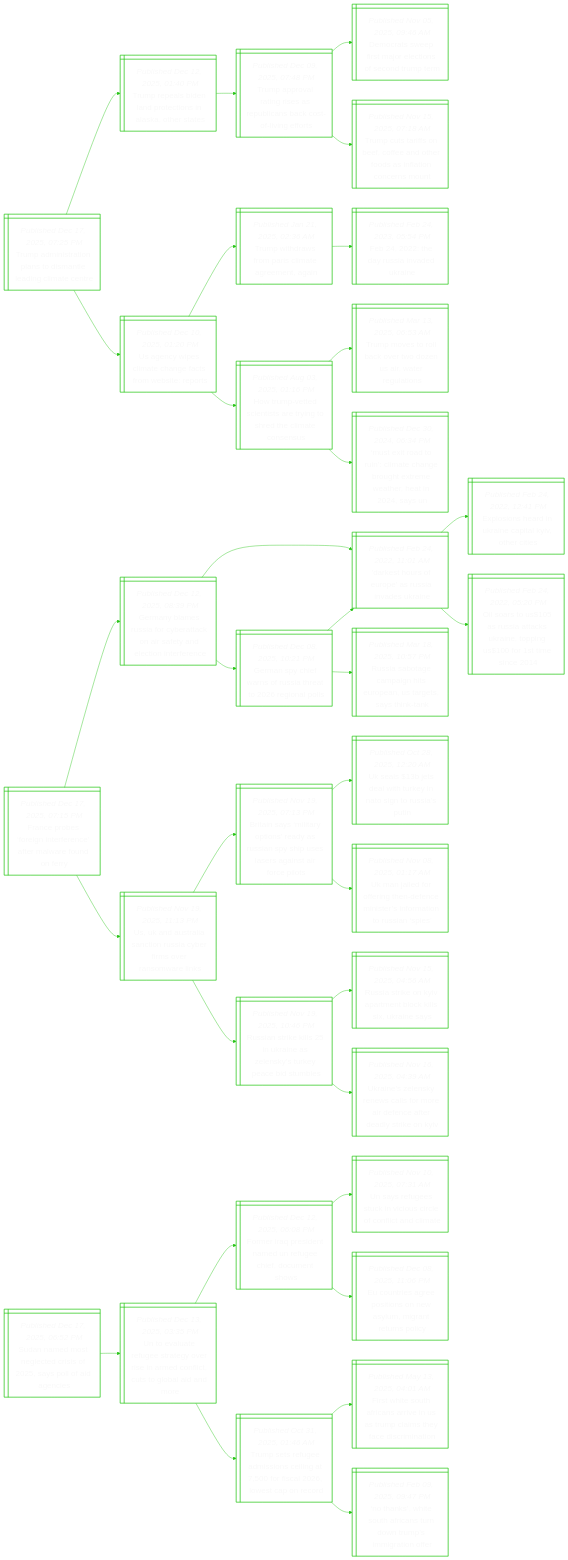
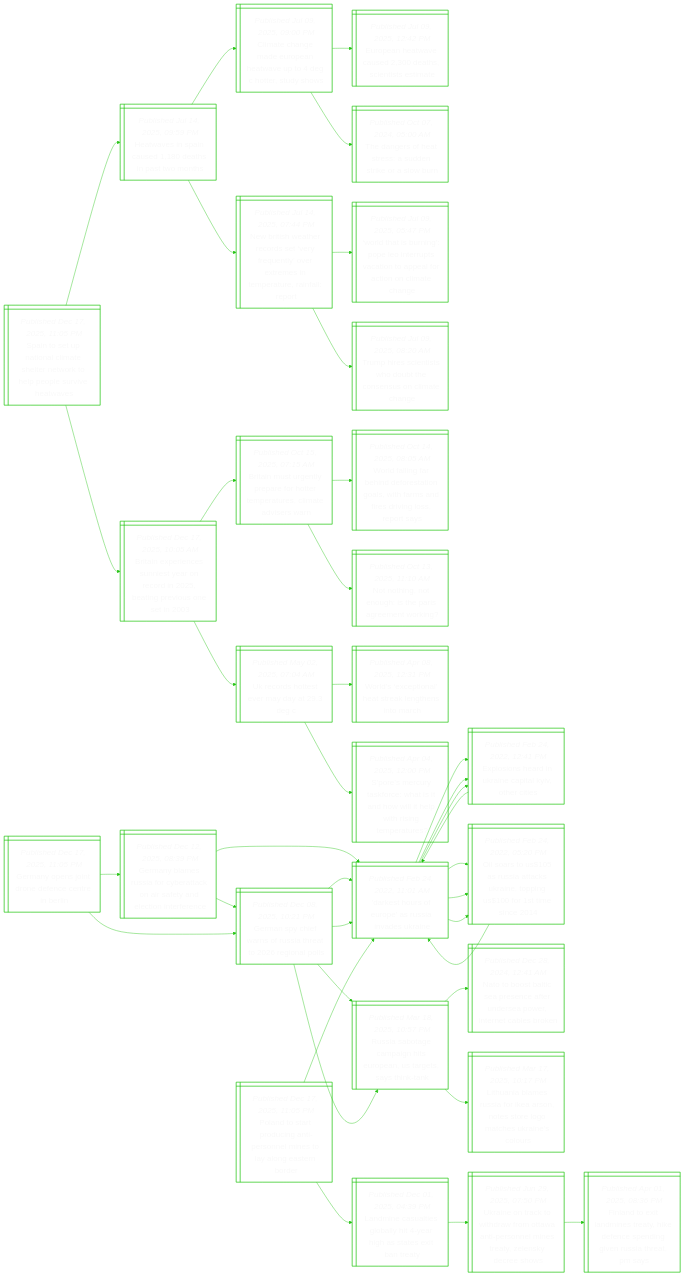
Before and after one commit to notJmes/notJmes: the diagram in README.md, drawn with Mermaid. The commit also changed other lines of this file, not shown here.

````diff
--- a/README.md
+++ b/README.md
@@ -16,42 +16,54 @@
 flowchart LR
 classDef txtsize font-size:20px;
 
-Taitloalnme@{ shape: win-pane, label: "_Published Dec 17, 2025, 07:25 PM_
-Trump administration plans to dismantle leading climate centre" }
-Trledenloss@{ shape: win-pane, label: "_Published Dec 12, 2025, 01:40 PM_
-Trump repeals biden land protections in alaska, other states" }
-Tavtisbnkoif@{ shape: win-pane, label: "_Published Dec 09, 2025, 07:48 PM_
-Trump approval rating rises as republicans back cost-of-living efforts" }
-Drwialosdp@{ shape: win-pane, label: "_Published Nov 05, 2025, 09:46 AM_
-Democrats sweep first major elections of second trump term" }
-Tcasefdrsfocm@{ shape: win-pane, label: "_Published Nov 15, 2025, 07:18 AM_
-Trump cuts tariffs on beef, coffee and other foods as inflation concerns mount" }
-Unpiceswto@{ shape: win-pane, label: "_Published Dec 10, 2025, 01:20 PM_
-Us agency wipes climate change facts from website: reports" }
-Twrrriamg@{ shape: win-pane, label: "_Published Jan 21, 2025, 02:36 AM_
-Trump withdraws from paris climate agreement, again" }
-Feuiea@{ shape: win-pane, label: "_Published Feb 24, 2023, 05:54 PM_
-Feb 24, 2022: the day russia invaded ukraine" }
-Hutciristicn@{ shape: win-pane, label: "_Published Aug 03, 2025, 01:16 PM_
-How trump-vetted scientists are trying to shred the climate consensus" }
-Tmtloweieuo@{ shape: win-pane, label: "_Published Mar 13, 2025, 06:53 AM_
-Trump moves to roll back over two dozen us air, water regulations" }
-Mxauicegtwety@{ shape: win-pane, label: "_Published Dec 30, 2024, 06:34 PM_
-‘must exit road to ruin’: climate change brought extreme weather, heat in 2024, says un" }
+Stuictleklprha@{ shape: win-pane, label: "_Published Dec 17, 2025, 11:05 PM_
+Spain to set up national climate shelter network to help people survive heatwaves" }
+Hannetpwt@{ shape: win-pane, label: "_Published Jul 14, 2025, 09:59 PM_
+Heatwaves in spain caused 1,180 deaths in past two months" }
+CtndohatCedw@{ shape: win-pane, label: "_Published Jul 09, 2025, 09:00 PM_
+Climate change made european heatwave up to 4 deg c hotter, study shows" }
+Eeaeetiste@{ shape: win-pane, label: "_Published Jul 09, 2025, 12:42 PM_
+European heatwave caused 2,300 deaths, scientists estimate" }
+Tnotsdtoon@{ shape: win-pane, label: "_Published Oct 07, 2024, 05:00 AM_
+The dangers of heat stress: a sudden strike or a slow burn" }
+Niweoeyuyemtrefe@{ shape: win-pane, label: "_Published Jul 14, 2025, 07:44 PM_
+New british weather records set ‘very frequently’ over extremes in temperature, rainfall: report" }
+Wtsipirvialcomh@{ shape: win-pane, label: "_Published Jul 09, 2025, 05:47 PM_
+‘world that is burning’: pope leo interrupts vacation to appeal for action on climate change" }
+Thstwueeomh@{ shape: win-pane, label: "_Published Jul 09, 2025, 08:20 AM_
+Trump hires scientists who doubt the consensus on climate change" }
+Biecntoobnvot@{ shape: win-pane, label: "_Published Dec 17, 2025, 10:05 AM_
+Britain experiences sunniest year on record in 2025, beating previous one set in 2003" }
+Bitnreotremdrn@{ shape: win-pane, label: "_Published Oct 15, 2025, 07:15 AM_
+Britain must urgently prepare for hotter temperatures, climate advisers warn" }
+Wfnbdrtoirdsisoy@{ shape: win-pane, label: "_Published Oct 14, 2025, 08:05 AM_
+World falling far behind deforestation goals, with farms and fires driving loss, report says" }
+Ntnosager@{ shape: win-pane, label: "_Published Oct 13, 2025, 11:10 AM_
+Not nothing, not enough: is the paris agreement working?" }
+UootMyg@{ shape: win-pane, label: "_Published May 02, 2025, 07:04 AM_
+Uk records hottest ever may day at 29.3 deg c" }
+WspatagsM@{ shape: win-pane, label: "_Published Apr 08, 2025, 12:31 PM_
+World’s ‘exceptional’ heat streak lengthens into march" }
+Ssusctawiprger@{ shape: win-pane, label: "_Published Apr 04, 2025, 12:00 PM_
+S’pore’s mercury taskforce: what is it and how will it help with rising temperatures?" }
 
-Taitloalnme:::txtsize --> Trledenloss:::txtsize
-Trledenloss:::txtsize --> Tavtisbnkoif:::txtsize
-Tavtisbnkoif:::txtsize --> Drwialosdp:::txtsize
-Tavtisbnkoif:::txtsize --> Tcasefdrsfocm:::txtsize
-Taitloalnme:::txtsize --> Unpiceswto:::txtsize
-Unpiceswto:::txtsize --> Twrrriamg:::txtsize
-Twrrriamg:::txtsize --> Feuiea:::txtsize
-Unpiceswto:::txtsize --> Hutciristicn:::txtsize
-Hutciristicn:::txtsize --> Tmtloweieuo:::txtsize
-Hutciristicn:::txtsize --> Mxauicegtwety:::txtsize
+Stuictleklprha:::txtsize --> Hannetpwt:::txtsize
+Hannetpwt:::txtsize --> CtndohatCedw:::txtsize
+CtndohatCedw:::txtsize --> Eeaeetiste:::txtsize
+CtndohatCedw:::txtsize --> Tnotsdtoon:::txtsize
+Hannetpwt:::txtsize --> Niweoeyuyemtrefe:::txtsize
+Niweoeyuyemtrefe:::txtsize --> Wtsipirvialcomh:::txtsize
+Niweoeyuyemtrefe:::txtsize --> Thstwueeomh:::txtsize
+Stuictleklprha:::txtsize --> Biecntoobnvot:::txtsize
+Biecntoobnvot:::txtsize --> Bitnreotremdrn:::txtsize
+Bitnreotremdrn:::txtsize --> Wfnbdrtoirdsisoy:::txtsize
+Bitnreotremdrn:::txtsize --> Ntnosager:::txtsize
+Biecntoobnvot:::txtsize --> UootMyg:::txtsize
+UootMyg:::txtsize --> WspatagsM:::txtsize
+UootMyg:::txtsize --> Ssusctawiprger:::txtsize
 
-Feeeneerauf@{ shape: win-pane, label: "_Published Dec 17, 2025, 07:15 PM_
-France probes ‘foreign interference’ after malware found on ferry" }
+Gnnnneeil@{ shape: win-pane, label: "_Published Dec 17, 2025, 11:05 PM_
+Germany opens joint drone defence centre in berlin" }
 Gnmsoeaafncifc@{ shape: win-pane, label: "_Published Dec 12, 2025, 08:39 PM_
 Germany blames russia for cyberattack on air safety and election interference" }
 DsruasvUn@{ shape: win-pane, label: "_Published Feb 24, 2022, 11:01 AM_
@@ -66,59 +78,62 @@
 'darkest hours of europe' as russia invades ukraine" }
 RatagspSeynk@{ shape: win-pane, label: "_Published Mar 18, 2025, 10:57 PM_
 Russia sabotage campaign hits european, us targets, says think-tank" }
-Untatucfoawi@{ shape: win-pane, label: "_Published Nov 19, 2025, 11:13 PM_
-Us, uk and australia sanction russia cyber firms over ransomware links" }
-Bistpsyssisriico@{ shape: win-pane, label: "_Published Nov 19, 2025, 07:13 PM_
-Britain says ‘military options’ ready as russian spy ship uses lasers against air force pilots" }
-UltlTytnsP@{ shape: win-pane, label: "_Published Oct 28, 2025, 12:20 AM_
-Uk seals $13b jets deal with turkey in nato sign to russia’s putin" }
-UjdfnnnnroiRae@{ shape: win-pane, label: "_Published Nov 08, 2025, 01:17 AM_
-Uk man jailed for offering then-defence minister’s information to russian ‘spies’" }
-RailUnekreim@{ shape: win-pane, label: "_Published Nov 19, 2025, 10:46 PM_
-Russian strike kills 25 in ukraine as zelensky’s turkey peace bid stumbles" }
-RakyanclUns@{ shape: win-pane, label: "_Published Nov 15, 2025, 04:56 AM_
-Russia strike on kyiv apartment block kills six, ukraine says" }
-Unlywlmiefesei@{ shape: win-pane, label: "_Published Nov 16, 2025, 04:39 AM_
-Ukraine’s zelensky renews calls for more air defence after deadly strike on kyiv" }
+Gnhafiernl@{ shape: win-pane, label: "_Published Dec 08, 2025, 10:21 PM_
+German spy chief warns of russia threat to 2026 regional polls" }
+DsruasvUn@{ shape: win-pane, label: "_Published Feb 24, 2022, 11:01 AM_
+'darkest hours of europe' as russia invades ukraine" }
+Eshiaalocs@{ shape: win-pane, label: "_Published Feb 24, 2022, 12:41 PM_
+Explosions heard in ukraine capital kyiv, other cities" }
+OaUuakaogrmc@{ shape: win-pane, label: "_Published Feb 24, 2022, 05:20 PM_
+Oil soars to us$105 as russia attacks ukraine, topping us$100 for 1st time since 2014" }
+RatagspSeynk@{ shape: win-pane, label: "_Published Mar 18, 2025, 10:57 PM_
+Russia sabotage campaign hits european, us targets, says think-tank" }
+Notipntdarrabn@{ shape: win-pane, label: "_Published Dec 28, 2024, 12:41 AM_
+Nato to boost baltic sea presence after undersea power, internet cables broken" }
+LalRaKstogckeo@{ shape: win-pane, label: "_Published Mar 17, 2025, 10:17 PM_
+Lithuania blames russia for ikea arson, notes store logo matches ukraine’s colours" }
 
-Feeeneerauf:::txtsize --> Gnmsoeaafncifc:::txtsize
+Gnnnneeil:::txtsize --> Gnmsoeaafncifc:::txtsize
 Gnmsoeaafncifc:::txtsize --> DsruasvUn:::txtsize
 DsruasvUn:::txtsize --> Eshiaalocs:::txtsize
 DsruasvUn:::txtsize --> OaUuakaogrmc:::txtsize
 Gnmsoeaafncifc:::txtsize --> Gnhafiernl:::txtsize
 Gnhafiernl:::txtsize --> DsruasvUn:::txtsize
 Gnhafiernl:::txtsize --> RatagspSeynk:::txtsize
-Feeeneerauf:::txtsize --> Untatucfoawi:::txtsize
-Untatucfoawi:::txtsize --> Bistpsyssisriico:::txtsize
-Bistpsyssisriico:::txtsize --> UltlTytnsP:::txtsize
-Bistpsyssisriico:::txtsize --> UjdfnnnnroiRae:::txtsize
-Untatucfoawi:::txtsize --> RailUnekreim:::txtsize
-RailUnekreim:::txtsize --> RakyanclUns:::txtsize
-RailUnekreim:::txtsize --> Unlywlmiefesei:::txtsize
+Gnnnneeil:::txtsize --> Gnhafiernl:::txtsize
+Gnhafiernl:::txtsize --> DsruasvUn:::txtsize
+DsruasvUn:::txtsize --> Eshiaalocs:::txtsize
+DsruasvUn:::txtsize --> OaUuakaogrmc:::txtsize
+Gnhafiernl:::txtsize --> RatagspSeynk:::txtsize
+RatagspSeynk:::txtsize --> Notipntdarrabn:::txtsize
+RatagspSeynk:::txtsize --> LalRaKstogckeo:::txtsize
 
-Snmetifpfge@{ shape: win-pane, label: "_Published Dec 17, 2025, 06:52 PM_
-Sudan named most neglected crisis of 2025, says poll of aid agencies" }
-Uvtutgriefcoaar@{ shape: win-pane, label: "_Published Dec 13, 2025, 03:35 PM_
-Un to evaluate refugee strategy over rise in armed conflict, cuts to global aid and more" }
-FrpdaNgicts@{ shape: win-pane, label: "_Published Dec 12, 2025, 06:08 PM_
-Former iraq president named un refugee chief, document shows" }
-Usgtnorflnm@{ shape: win-pane, label: "_Published Nov 10, 2025, 07:31 AM_
-Un says refugees stuck in vicious circle of conflict and climate" }
-Ensetoamatpy@{ shape: win-pane, label: "_Published Dec 08, 2025, 11:06 PM_
-Eu countries agree positions on new asylum, migrant returns policy" }
-Tseessifsocrd@{ shape: win-pane, label: "_Published Oct 31, 2025, 01:46 AM_
-Trump sets refugee admissions ceiling at 7,500 for fiscal 2026, lowest cap on record" }
-FwSAarnTcsfimi@{ shape: win-pane, label: "_Published May 13, 2025, 04:01 AM_
-First white south africans arrive in us as trump claims they face discrimination" }
-Nniursdrirnr@{ shape: win-pane, label: "_Published Feb 09, 2025, 09:47 PM_
-‘no thanks’, white south africans turn down trump’s immigration offer" }
+Pdaoniomtaerd@{ shape: win-pane, label: "_Published Dec 17, 2025, 11:05 PM_
+Poland to start producing anti-personnel mines to lay along eastern border" }
+Lisioyegteaa@{ shape: win-pane, label: "_Published Dec 01, 2025, 04:39 PM_
+Landmine casualties globally hit 4-year high as states exit ban treaty" }
+Unrodrtnreealyew@{ shape: win-pane, label: "_Published Jun 29, 2025, 07:50 PM_
+Ukraine on track to withdraw from ottawa anti-personnel mines treaty, zelensky decree shows" }
+FnxneakepnesrM@{ shape: win-pane, label: "_Published Apr 01, 2025, 08:36 PM_
+Finland to exit landmines treaty, hike defence spending given russia threat, pm says" }
+DsruasvUn@{ shape: win-pane, label: "_Published Feb 24, 2022, 11:01 AM_
+'darkest hours of europe' as russia invades ukraine" }
+Eshiaalocs@{ shape: win-pane, label: "_Published Feb 24, 2022, 12:41 PM_
+Explosions heard in ukraine capital kyiv, other cities" }
+DsruasvUn@{ shape: win-pane, label: "_Published Feb 24, 2022, 11:01 AM_
+'darkest hours of europe' as russia invades ukraine" }
+OaUuakaogrmc@{ shape: win-pane, label: "_Published Feb 24, 2022, 05:20 PM_
+Oil soars to us$105 as russia attacks ukraine, topping us$100 for 1st time since 2014" }
+DsruasvUn@{ shape: win-pane, label: "_Published Feb 24, 2022, 11:01 AM_
+'darkest hours of europe' as russia invades ukraine" }
 
-Snmetifpfge:::txtsize --> Uvtutgriefcoaar:::txtsize
-Uvtutgriefcoaar:::txtsize --> FrpdaNgicts:::txtsize
-FrpdaNgicts:::txtsize --> Usgtnorflnm:::txtsize
-FrpdaNgicts:::txtsize --> Ensetoamatpy:::txtsize
-Uvtutgriefcoaar:::txtsize --> Tseessifsocrd:::txtsize
-Tseessifsocrd:::txtsize --> FwSAarnTcsfimi:::txtsize
-Tseessifsocrd:::txtsize --> Nniursdrirnr:::txtsize
+Pdaoniomtaerd:::txtsize --> Lisioyegteaa:::txtsize
+Lisioyegteaa:::txtsize --> Unrodrtnreealyew:::txtsize
+Unrodrtnreealyew:::txtsize --> FnxneakepnesrM:::txtsize
+Pdaoniomtaerd:::txtsize --> DsruasvUn:::txtsize
+DsruasvUn:::txtsize --> Eshiaalocs:::txtsize
+Eshiaalocs:::txtsize --> DsruasvUn:::txtsize
+DsruasvUn:::txtsize --> OaUuakaogrmc:::txtsize
+OaUuakaogrmc:::txtsize --> DsruasvUn:::txtsize
 
 ```
````
